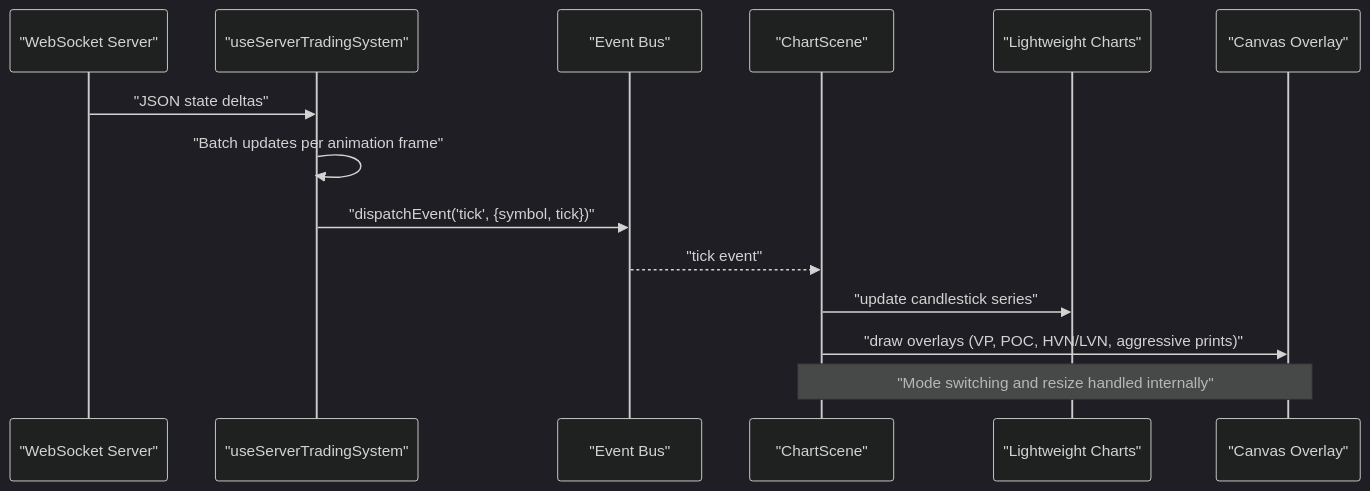
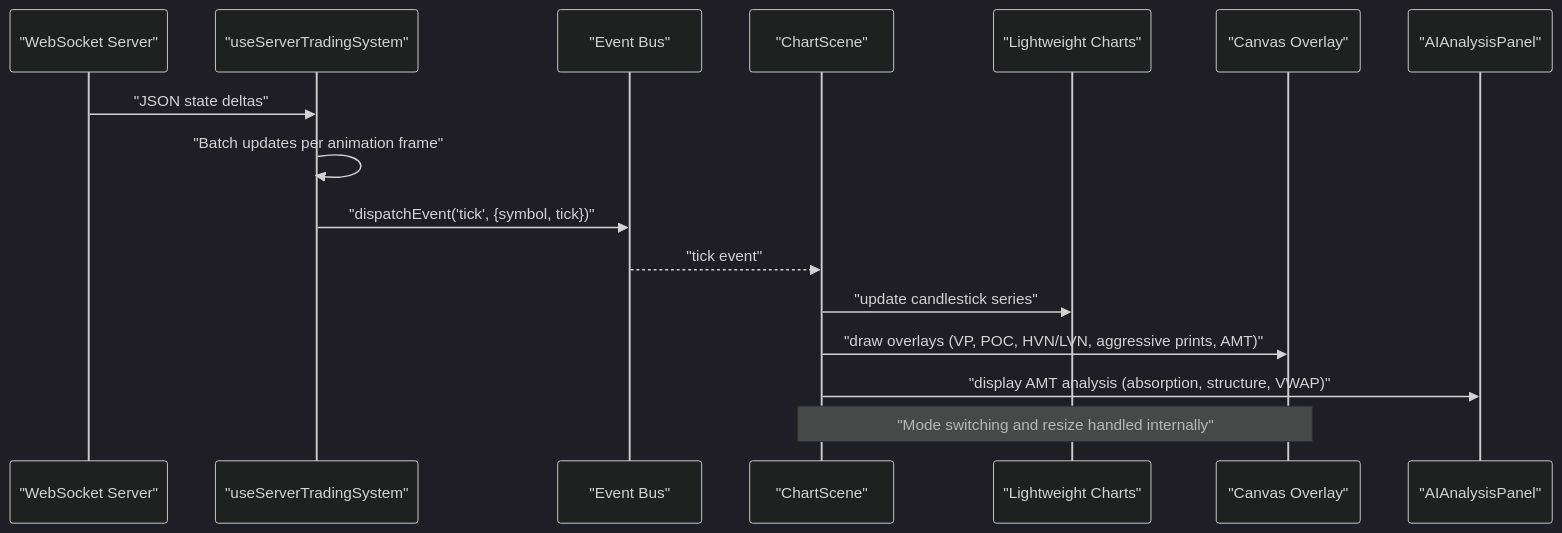
The second of 6 diagrams in .qoder/repowiki/en/content/Frontend Application/React Components/Chart Visualization Components/Chart Visualization Components.md (gemrajkhatry-maker/v5-of-glassytrade-ai), drawn with Mermaid (dark theme) before and after one commit. The commit also changed other lines of this file and 930 other files, not shown here.

````diff
--- a/.qoder/repowiki/en/content/Frontend Application/React Components/Chart Visualization Components/Chart Visualization Components.md
+++ b/.qoder/repowiki/en/content/Frontend Application/React Components/Chart Visualization Components/Chart Visualization Components.md
@@ -87,16 +105,18 @@
 ```mermaid
 sequenceDiagram
 participant WS as "WebSocket Server"
 participant Hook as "useServerTradingSystem"
 participant Bus as "Event Bus"
 participant CS as "ChartScene"
 participant LC as "Lightweight Charts"
 participant Canvas as "Canvas Overlay"
+participant AAP as "AIAnalysisPanel"
 WS->>Hook : "JSON state deltas"
 Hook->>Hook : "Batch updates per animation frame"
 Hook->>Bus : "dispatchEvent('tick', {symbol, tick})"
 Bus-->>CS : "tick event"
 CS->>LC : "update candlestick series"
-CS->>Canvas : "draw overlays (VP, POC, HVN/LVN, aggressive prints)"
+CS->>Canvas : "draw overlays (VP, POC, HVN/LVN, aggressive prints, AMT)"
+CS->>AAP : "display AMT analysis (absorption, structure, VWAP)"
 Note over CS,Canvas : "Mode switching and resize handled internally"
 ```
````
